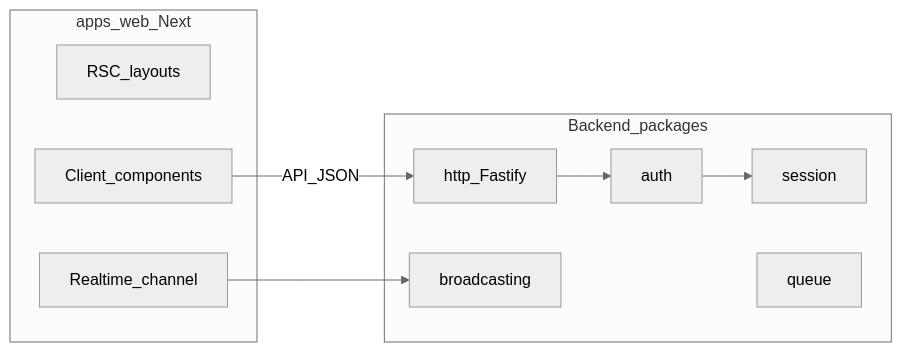
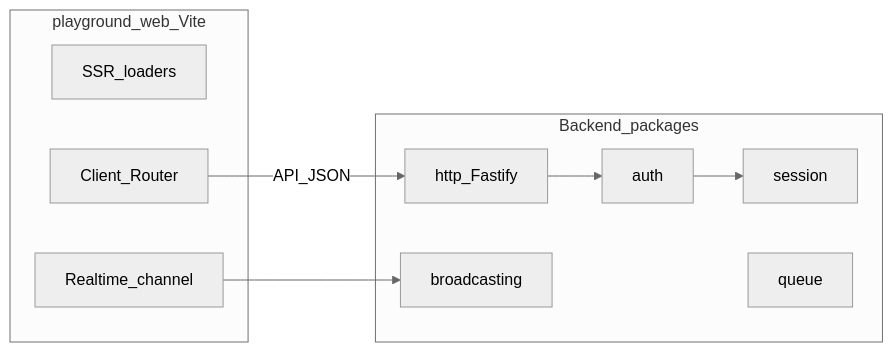
Before and after one commit to marcolamr/madda: the diagram in BACKLOG.md, drawn with Mermaid (neutral theme). The commit also changed other lines of this file and 29 other files, not shown here.

````diff
--- a/BACKLOG.md
+++ b/BACKLOG.md
@@ -176,19 +195,19 @@
 ```mermaid
 flowchart LR
   subgraph backend [Backend_packages]
     http[http_Fastify]
     auth[auth]
     session[session]
     broadcast[broadcasting]
     queue[queue]
   end
-  subgraph frontend [apps_web_Next]
-    rsc[RSC_layouts]
-    client[Client_components]
+  subgraph frontend [playground_web_Vite]
+    ssr[SSR_loaders]
+    client[Client_Router]
     realtime[Realtime_channel]
   end
   http --> auth
   auth --> session
   client -->|API_JSON| http
   realtime --> broadcast
 ```
````
